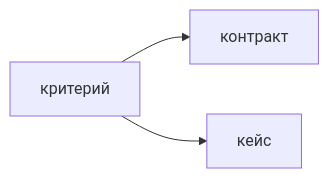
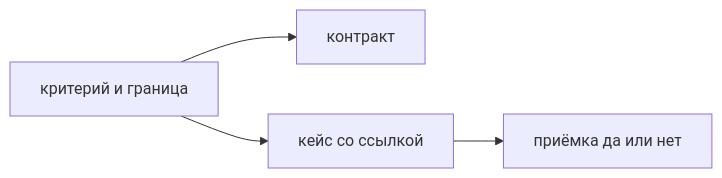
The diagram in nine-to-eighteen/ui/src/data/learn/product/pm14-acceptance.md (AlexanderNY/cursor_test), drawn with Mermaid before and after one commit. The commit also changed other lines of this file and 40 other files, not shown here.

````diff
--- a/nine-to-eighteen/ui/src/data/learn/product/pm14-acceptance.md
+++ b/nine-to-eighteen/ui/src/data/learn/product/pm14-acceptance.md
@@ -52,5 +107,6 @@
 ```mermaid
 flowchart LR
-  PO[критерий] --> SA[контракт]
-  PO --> QA[кейс]
+  PO[критерий и граница] --> SA[контракт]
+  PO --> QA[кейс со ссылкой]
+  QA --> Demo[приёмка да или нет]
 ```
````
